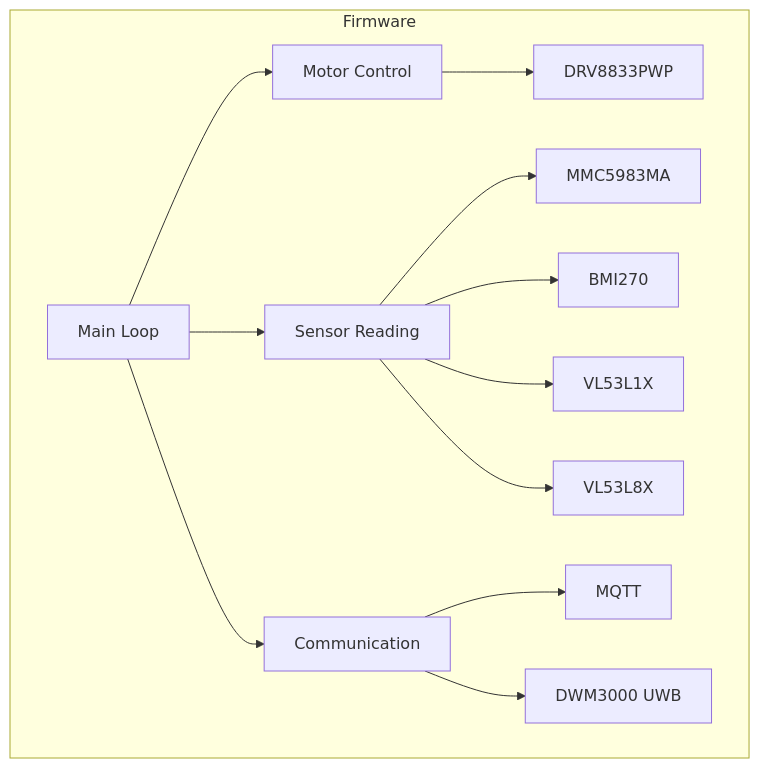
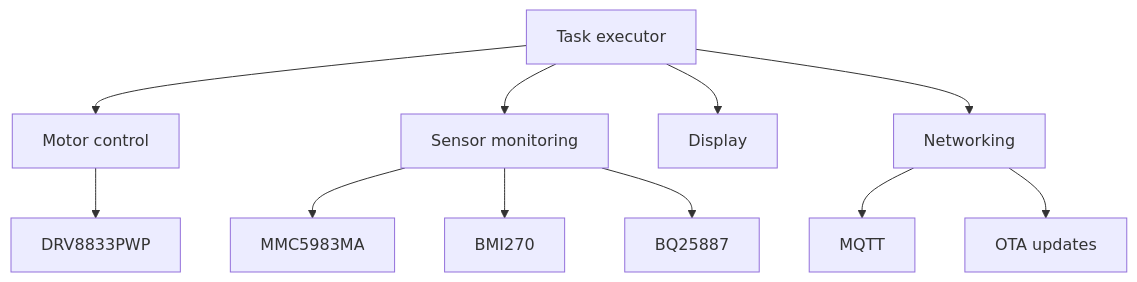
Before and after one commit to Project-Emerge/Project-Emerge-dropbot-firmware: the diagram in README.md, drawn with Mermaid. The commit also changed other lines of this file and 48 other files, not shown here.

````diff
--- a/README.md
+++ b/README.md
@@ -86,15 +53,13 @@
 ```mermaid
 graph TD
-    subgraph Firmware
-        A[Main Loop] --> B[Motor Control]
-        A --> C[Sensor Reading]
-        A --> D[Communication]
-        B --> E[DRV8833PWP]
-        C --> F[MMC5983MA]
-        C --> G[BMI270]
-        C --> H[VL53L1X]
-        C --> I[VL53L8X]
-        D --> J[MQTT]
-        D --> K[DWM3000 UWB]
-    end
+    A[Task executor] --> B[Motor control]
+    A --> C[Sensor monitoring]
+    A --> D[Display]
+    A --> E[Networking]
+    B --> F[DRV8833PWP]
+    C --> G[MMC5983MA]
+    C --> H[BMI270]
+    C --> I[BQ25887]
+    E --> J[MQTT]
+    E --> K[OTA updates]
 ```
````
